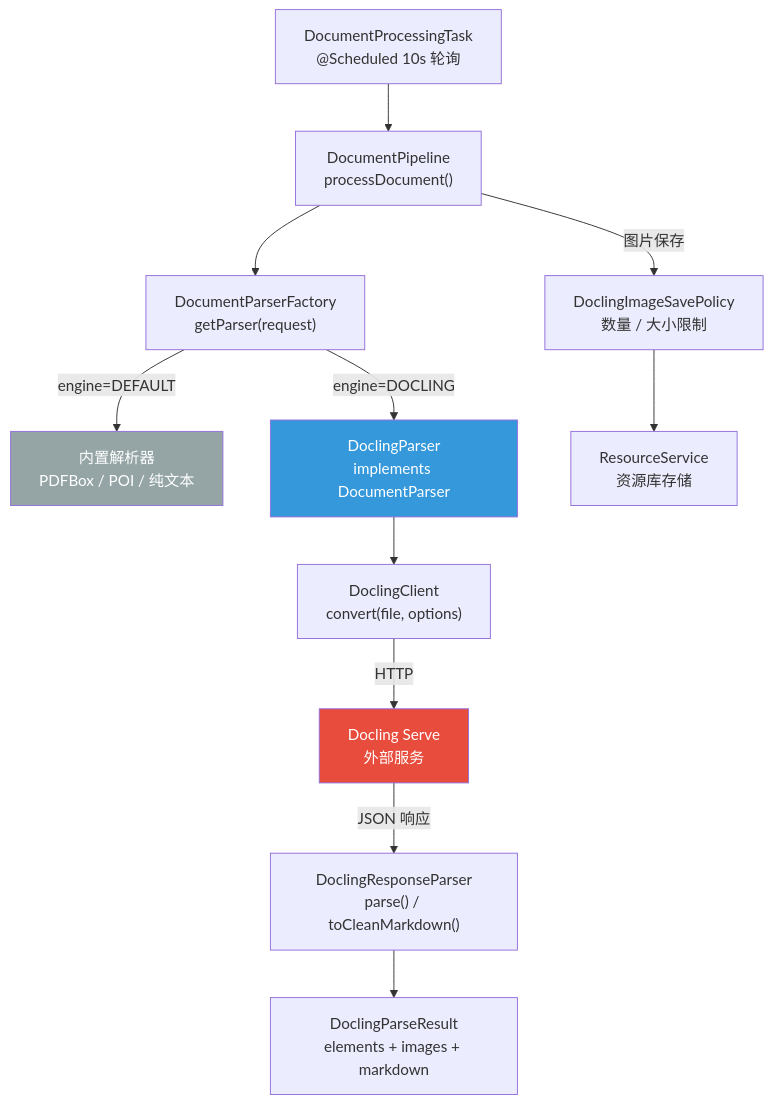
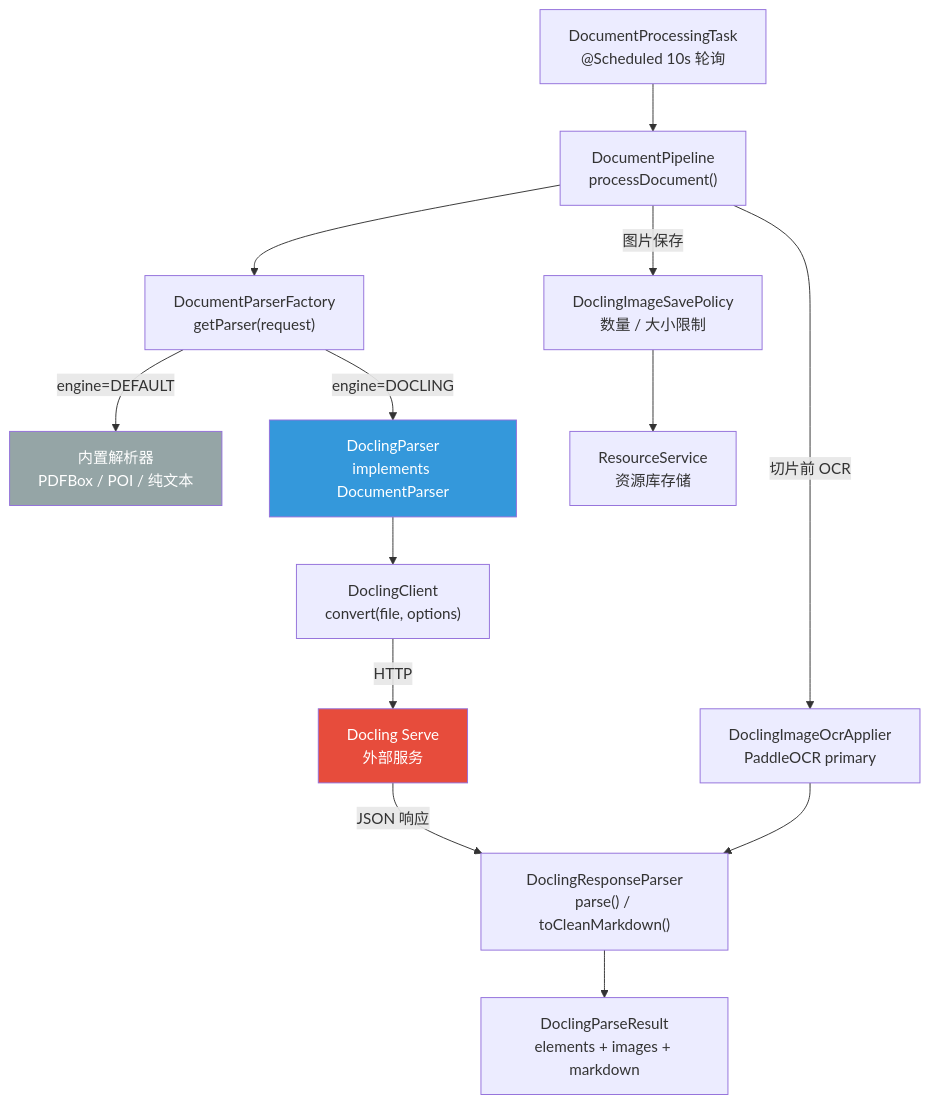
Before and after one commit to aizuda/snail-ai: the first of 8 diagrams in docs/architecture/docling-engine.md, drawn with Mermaid. The commit also changed other lines of this file and 45 other files, not shown here.

Commit message:
feat(1.1.0): 增强RAG图片识别与检索证据

````diff
--- a/docs/architecture/docling-engine.md
+++ b/docs/architecture/docling-engine.md
@@ -42,21 +45,23 @@
 ```mermaid
 graph TB
     Task["DocumentProcessingTask<br/>@Scheduled 10s 轮询"] --> Pipeline["DocumentPipeline<br/>processDocument()"]
     Pipeline --> Factory["DocumentParserFactory<br/>getParser(request)"]
 
     Factory -->|"engine=DEFAULT"| Builtin["内置解析器<br/>PDFBox / POI / 纯文本"]
     Factory -->|"engine=DOCLING"| DoclingParser["DoclingParser<br/>implements DocumentParser"]
 
     DoclingParser --> Client["DoclingClient<br/>convert(file, options)"]
     Client -->|"HTTP"| Serve["Docling Serve<br/>外部服务"]
 
     Serve -->|"JSON 响应"| ResponseParser["DoclingResponseParser<br/>parse() / toCleanMarkdown()"]
     ResponseParser --> Result["DoclingParseResult<br/>elements + images + markdown"]
 
+    Pipeline -->|"切片前 OCR"| OcrApplier["DoclingImageOcrApplier<br/>PaddleOCR primary"]
+    OcrApplier --> ResponseParser
     Pipeline -->|"图片保存"| ImagePolicy["DoclingImageSavePolicy<br/>数量 / 大小限制"]
     ImagePolicy --> Resource["ResourceService<br/>资源库存储"]
 
     style Builtin fill:#95a5a6,color:#fff
     style DoclingParser fill:#3498db,color:#fff
     style Serve fill:#e74c3c,color:#fff
 ```
````
